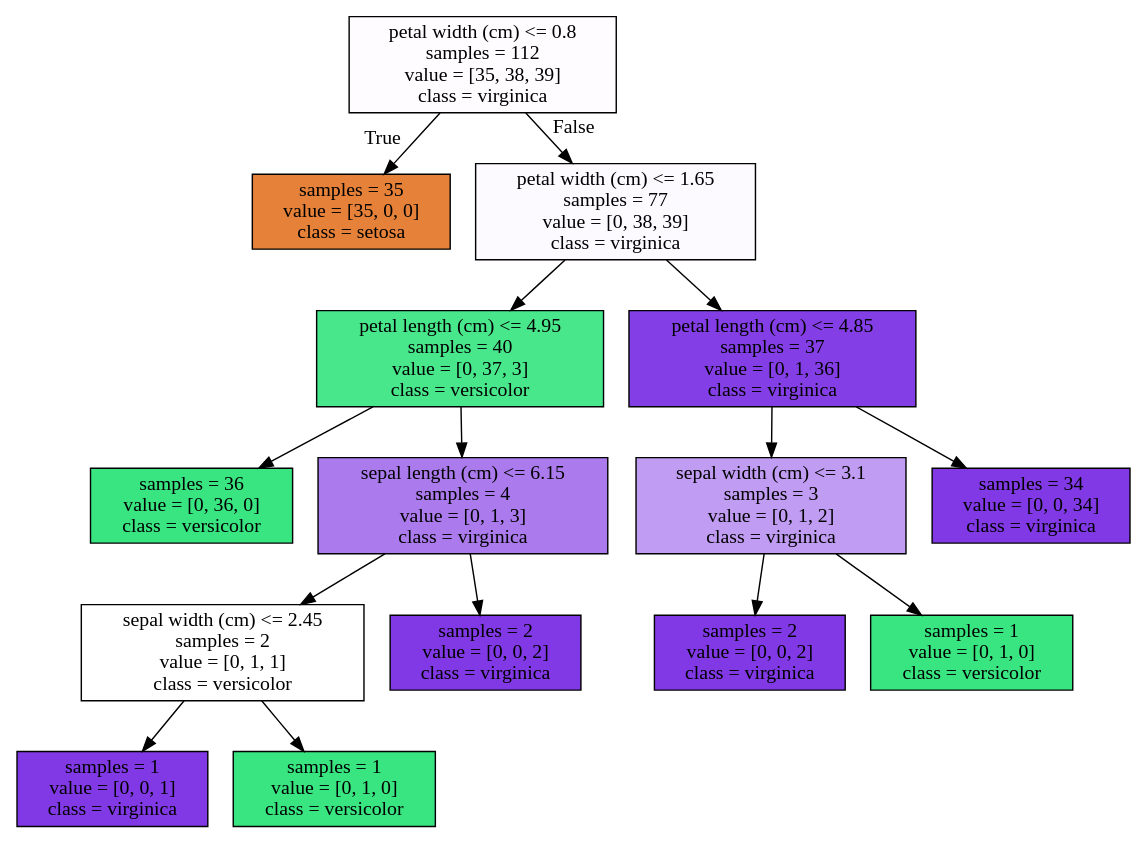
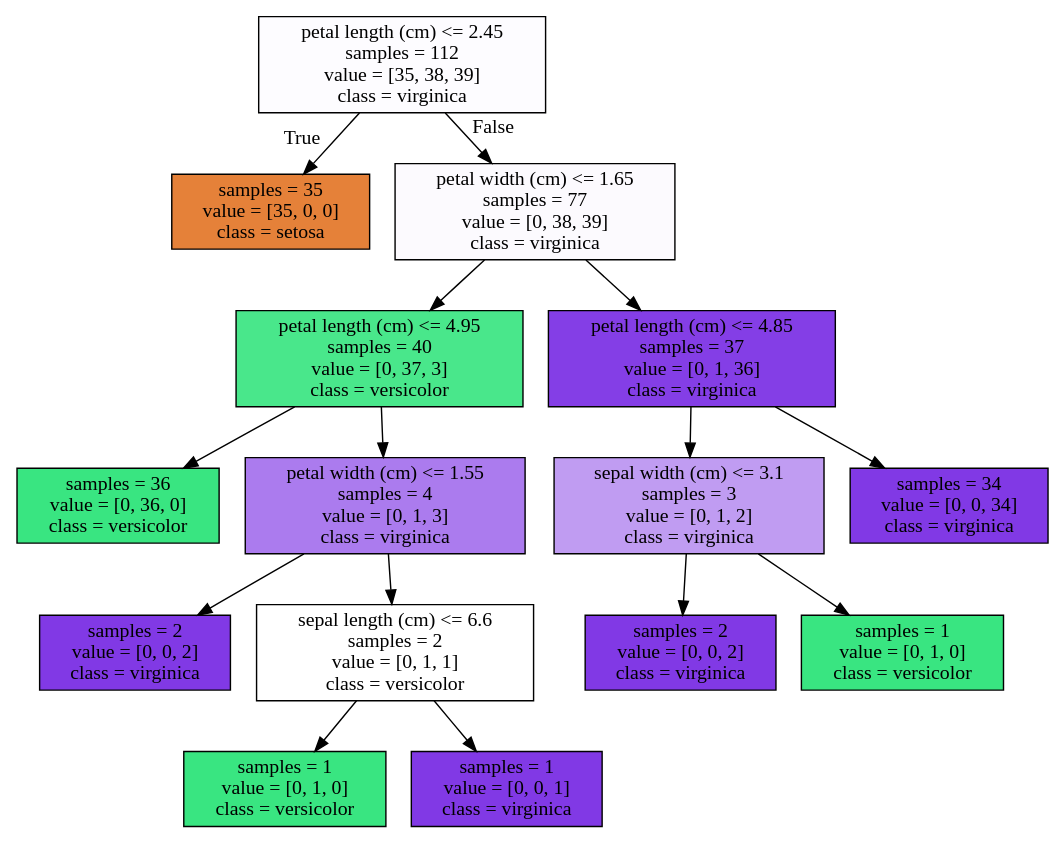
One commit to Rtavakol/ML-algorithms-practice-with-Python changed the diagram in adspy_temp.dot. Above: the diagram before and after it, drawn with Graphviz. The commit also changed 14 other files, not shown here.

```diff
--- a/adspy_temp.dot
+++ b/adspy_temp.dot
@@ -1,32 +1,32 @@
 digraph Tree {
 node [shape=box, style="filled", color="black"] ;
-0 [label="petal width (cm) <= 0.8\nsamples = 112\nvalue = [35, 38, 39]\nclass = virginica", fillcolor="#8139e503"] ;
-1 [label="samples = 35\nvalue = [35, 0, 0]\nclass = setosa", fillcolor="#e58139ff"] ;
+0 [label="petal length (cm) <= 2.45\nsamples = 112\nvalue = [35, 38, 39]\nclass = virginica", fillcolor="#fdfcff"] ;
+1 [label="samples = 35\nvalue = [35, 0, 0]\nclass = setosa", fillcolor="#e58139"] ;
 0 -> 1 [labeldistance=2.5, labelangle=45, headlabel="True"] ;
-2 [label="petal width (cm) <= 1.65\nsamples = 77\nvalue = [0, 38, 39]\nclass = virginica", fillcolor="#8139e507"] ;
+2 [label="petal width (cm) <= 1.65\nsamples = 77\nvalue = [0, 38, 39]\nclass = virginica", fillcolor="#fcfafe"] ;
 0 -> 2 [labeldistance=2.5, labelangle=-45, headlabel="False"] ;
-3 [label="petal length (cm) <= 4.95\nsamples = 40\nvalue = [0, 37, 3]\nclass = versicolor", fillcolor="#39e581ea"] ;
+3 [label="petal length (cm) <= 4.95\nsamples = 40\nvalue = [0, 37, 3]\nclass = versicolor", fillcolor="#49e78b"] ;
 2 -> 3 ;
-4 [label="samples = 36\nvalue = [0, 36, 0]\nclass = versicolor", fillcolor="#39e581ff"] ;
+4 [label="samples = 36\nvalue = [0, 36, 0]\nclass = versicolor", fillcolor="#39e581"] ;
 3 -> 4 ;
-5 [label="sepal length (cm) <= 6.15\nsamples = 4\nvalue = [0, 1, 3]\nclass = virginica", fillcolor="#8139e5aa"] ;
+5 [label="petal width (cm) <= 1.55\nsamples = 4\nvalue = [0, 1, 3]\nclass = virginica", fillcolor="#ab7bee"] ;
 3 -> 5 ;
-6 [label="sepal width (cm) <= 2.45\nsamples = 2\nvalue = [0, 1, 1]\nclass = versicolor", fillcolor="#39e58100"] ;
+6 [label="samples = 2\nvalue = [0, 0, 2]\nclass = virginica", fillcolor="#8139e5"] ;
 5 -> 6 ;
-7 [label="samples = 1\nvalue = [0, 0, 1]\nclass = virginica", fillcolor="#8139e5ff"] ;
-6 -> 7 ;
-8 [label="samples = 1\nvalue = [0, 1, 0]\nclass = versicolor", fillcolor="#39e581ff"] ;
-6 -> 8 ;
-9 [label="samples = 2\nvalue = [0, 0, 2]\nclass = virginica", fillcolor="#8139e5ff"] ;
-5 -> 9 ;
-10 [label="petal length (cm) <= 4.85\nsamples = 37\nvalue = [0, 1, 36]\nclass = virginica", fillcolor="#8139e5f8"] ;
+7 [label="sepal length (cm) <= 6.6\nsamples = 2\nvalue = [0, 1, 1]\nclass = versicolor", fillcolor="#ffffff"] ;
+5 -> 7 ;
+8 [label="samples = 1\nvalue = [0, 1, 0]\nclass = versicolor", fillcolor="#39e581"] ;
+7 -> 8 ;
+9 [label="samples = 1\nvalue = [0, 0, 1]\nclass = virginica", fillcolor="#8139e5"] ;
+7 -> 9 ;
+10 [label="petal length (cm) <= 4.85\nsamples = 37\nvalue = [0, 1, 36]\nclass = virginica", fillcolor="#843ee6"] ;
 2 -> 10 ;
-11 [label="sepal width (cm) <= 3.1\nsamples = 3\nvalue = [0, 1, 2]\nclass = virginica", fillcolor="#8139e57f"] ;
+11 [label="sepal width (cm) <= 3.1\nsamples = 3\nvalue = [0, 1, 2]\nclass = virginica", fillcolor="#c09cf2"] ;
 10 -> 11 ;
-12 [label="samples = 2\nvalue = [0, 0, 2]\nclass = virginica", fillcolor="#8139e5ff"] ;
+12 [label="samples = 2\nvalue = [0, 0, 2]\nclass = virginica", fillcolor="#8139e5"] ;
 11 -> 12 ;
-13 [label="samples = 1\nvalue = [0, 1, 0]\nclass = versicolor", fillcolor="#39e581ff"] ;
+13 [label="samples = 1\nvalue = [0, 1, 0]\nclass = versicolor", fillcolor="#39e581"] ;
 11 -> 13 ;
-14 [label="samples = 34\nvalue = [0, 0, 34]\nclass = virginica", fillcolor="#8139e5ff"] ;
+14 [label="samples = 34\nvalue = [0, 0, 34]\nclass = virginica", fillcolor="#8139e5"] ;
 10 -> 14 ;
 }
```
